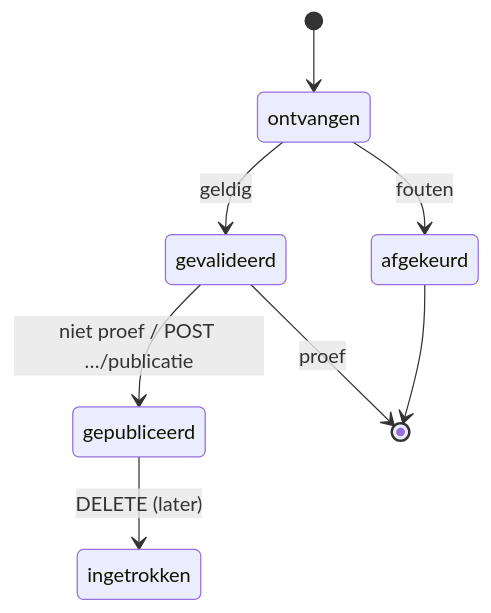
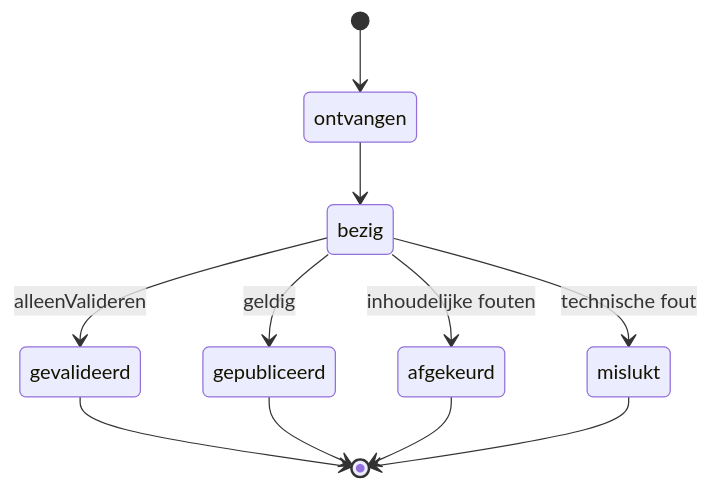
One commit to Sudwest-Fryslan/D-OmniTwin changed the fourth of 5 diagrams in docs/2-architectuur/vullen-van-d-omnitwin.md. Above: the diagram before and after it, drawn with Mermaid. The commit also changed other lines of this file and 23 other files, not shown here.

````diff
--- a/docs/2-architectuur/vullen-van-d-omnitwin.md
+++ b/docs/2-architectuur/vullen-van-d-omnitwin.md
@@ -164,10 +144,13 @@
 ```mermaid
 stateDiagram-v2
   [*] --> ontvangen
-  ontvangen --> afgekeurd: fouten
-  ontvangen --> gevalideerd: geldig
-  gevalideerd --> gepubliceerd: niet proef / POST …/publicatie
-  gevalideerd --> [*]: proef
-  gepubliceerd --> ingetrokken: DELETE (later)
+  ontvangen --> bezig
+  bezig --> afgekeurd: inhoudelijke fouten
+  bezig --> mislukt: technische fout
+  bezig --> gevalideerd: alleenValideren
+  bezig --> gepubliceerd: geldig
+  gevalideerd --> [*]
+  gepubliceerd --> [*]
   afgekeurd --> [*]
+  mislukt --> [*]
 ```
````
